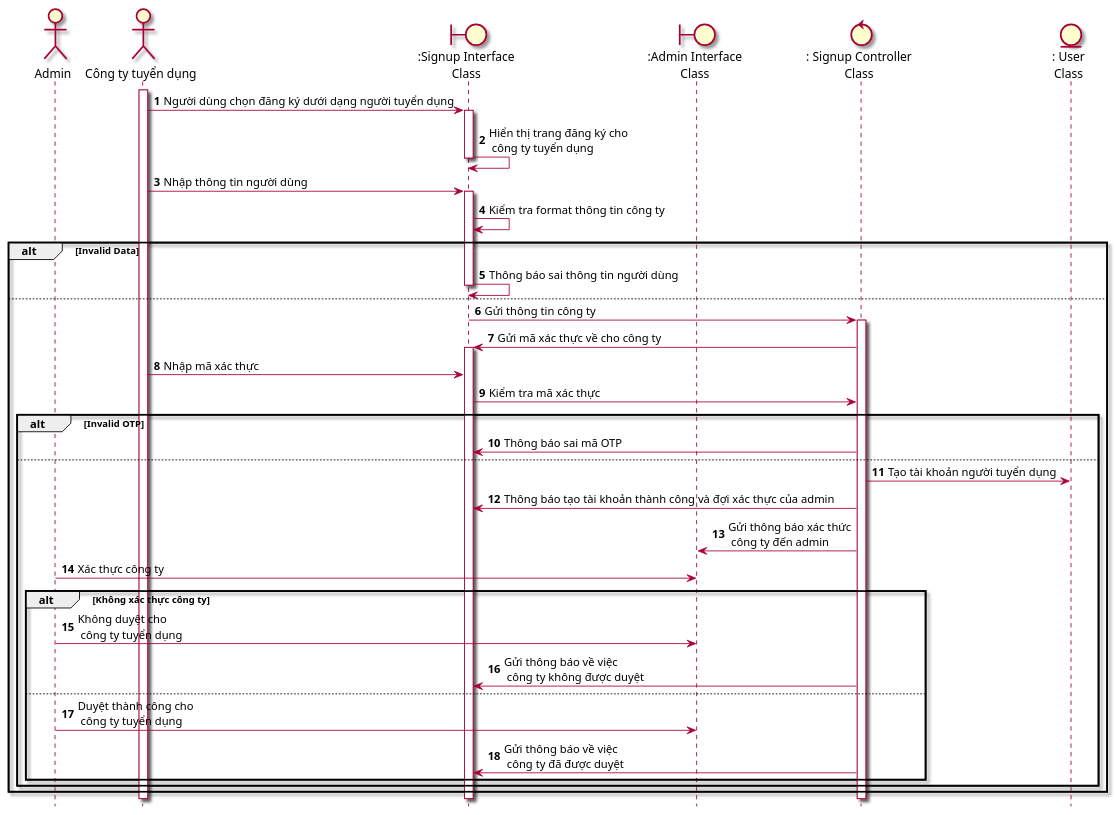
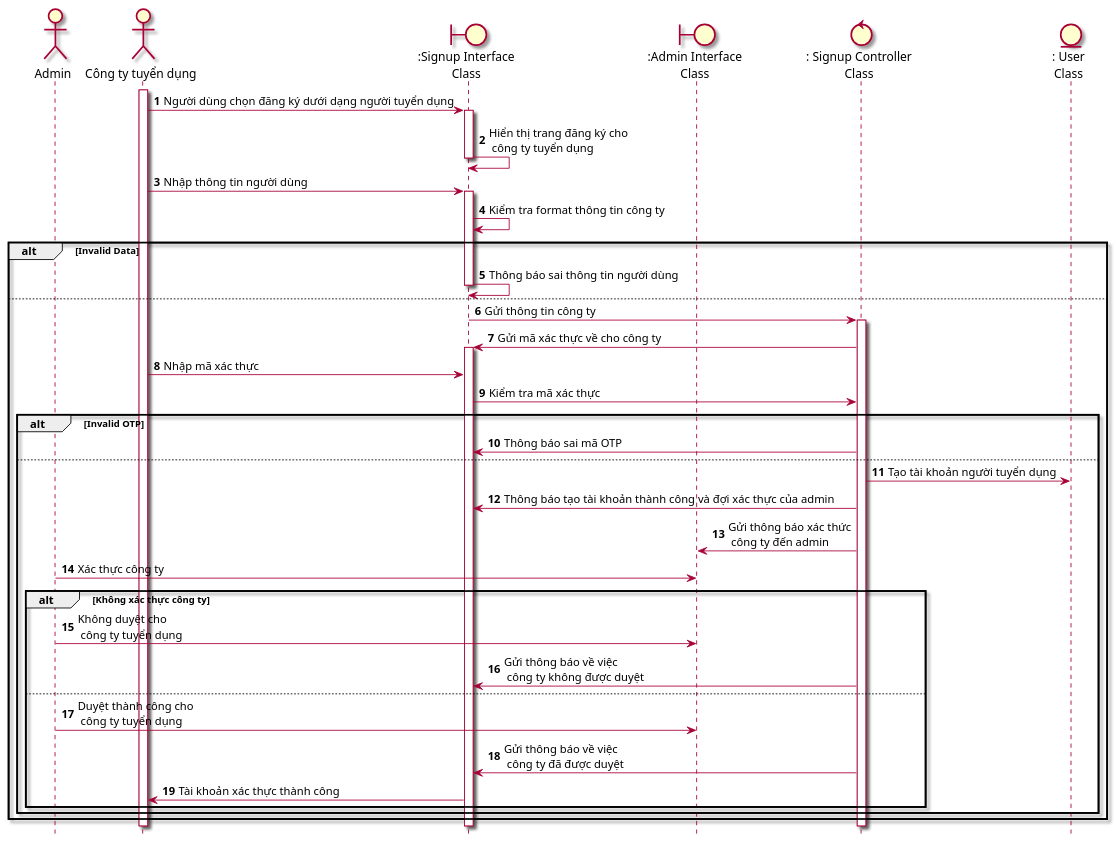
Before and after one commit to Griselda4774/EAS-EmploymentAssistanceSystem: the diagram in Lab1/Lab 1.2 Diagram/Sequence/FilePUML/1.2 SeqDangKy(CongTy).puml, drawn with PlantUML. The commit also changed 10 other files, not shown here.

```diff
--- a/Lab1/Lab 1.2 Diagram/Sequence/FilePUML/1.2 SeqDangKy(CongTy).puml
+++ b/Lab1/Lab 1.2 Diagram/Sequence/FilePUML/1.2 SeqDangKy(CongTy).puml
@@ -1,40 +1,42 @@
 @startuml SeqDangKyCongTy
 skin rose
 hide footbox
 actor admin as "Admin"
 actor congTy as "Công ty tuyển dụng"
 boundary ":Signup Interface\nClass" as signupInterface
 boundary ":Admin Interface\nClass" as adminInteface
 control ": Signup Controller\nClass" as signupControl
 entity ": User\nClass" as user
 autonumber
 congTy++
 congTy -> signupInterface++ : Người dùng chọn đăng ký dưới dạng người tuyển dụng 
 signupInterface -> signupInterface-- : Hiển thị trang đăng ký cho\n công ty tuyển dụng
 congTy -> signupInterface++: Nhập thông tin người dùng
 signupInterface -> signupInterface: Kiểm tra format thông tin công ty
 
 alt Invalid Data
     signupInterface ->signupInterface--: Thông báo sai thông tin người dùng
 else
     signupInterface -> signupControl++: Gửi thông tin công ty
     signupControl -> signupInterface++: Gửi mã xác thực về cho công ty
     congTy -> signupInterface: Nhập mã xác thực 
     signupInterface -> signupControl: Kiểm tra mã xác thực
     alt Invalid OTP
         signupControl -> signupInterface : Thông báo sai mã OTP
     else
         signupControl -> user: Tạo tài khoản người tuyển dụng
         signupControl -> signupInterface: Thông báo tạo tài khoản thành công và đợi xác thực của admin 
         signupControl -> adminInteface: Gửi thông báo xác thức\n công ty đến admin
         admin -> adminInteface: Xác thực công ty
         alt Không xác thực công ty
         admin -> adminInteface: Không duyệt cho\n công ty tuyển dụng
         signupControl -> signupInterface: Gửi thông báo về việc\n công ty không được duyệt
         else
         admin -> adminInteface: Duyệt thành công cho\n công ty tuyển dụng
-        signupControl -> signupInterface: Gửi thông báo về việc\n công ty đã được duyệt    
+        signupControl -> signupInterface: Gửi thông báo về việc\n công ty đã được duyệt  
+        signupInterface -> congTy: Tài khoản xác thực thành công
+
         end
     end
 end
 @enduml
```
